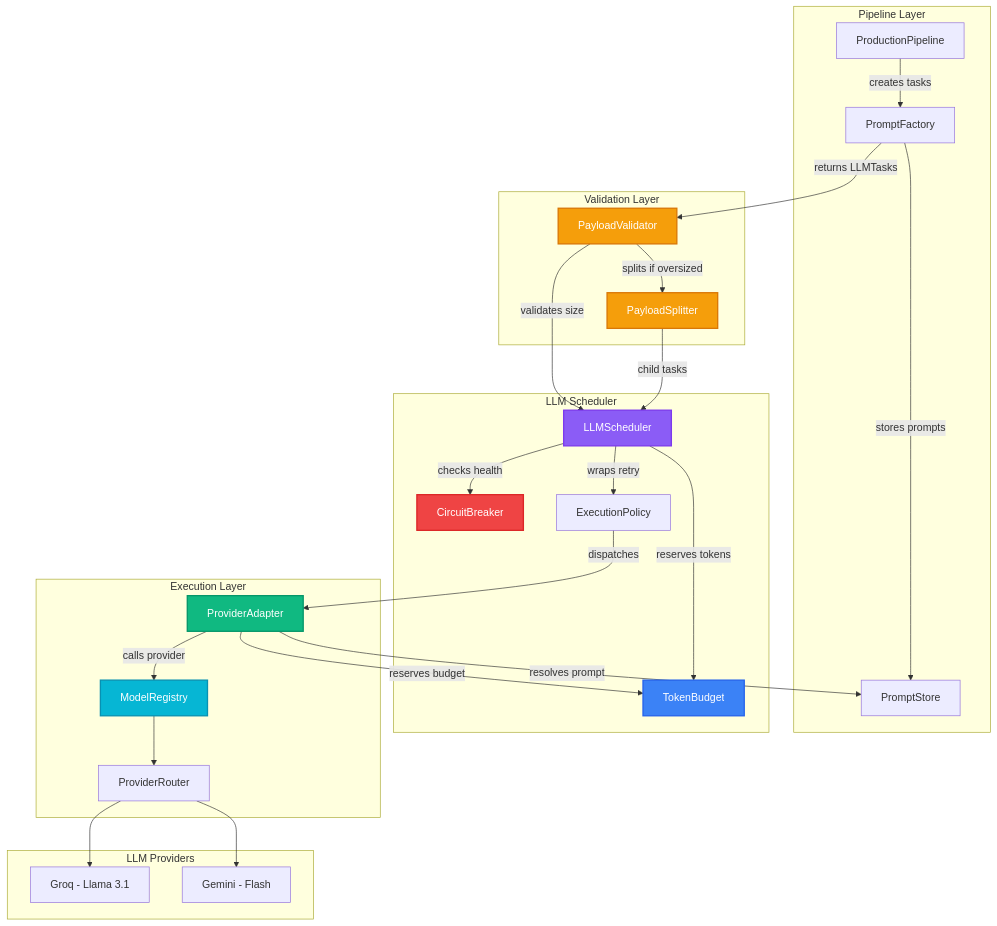
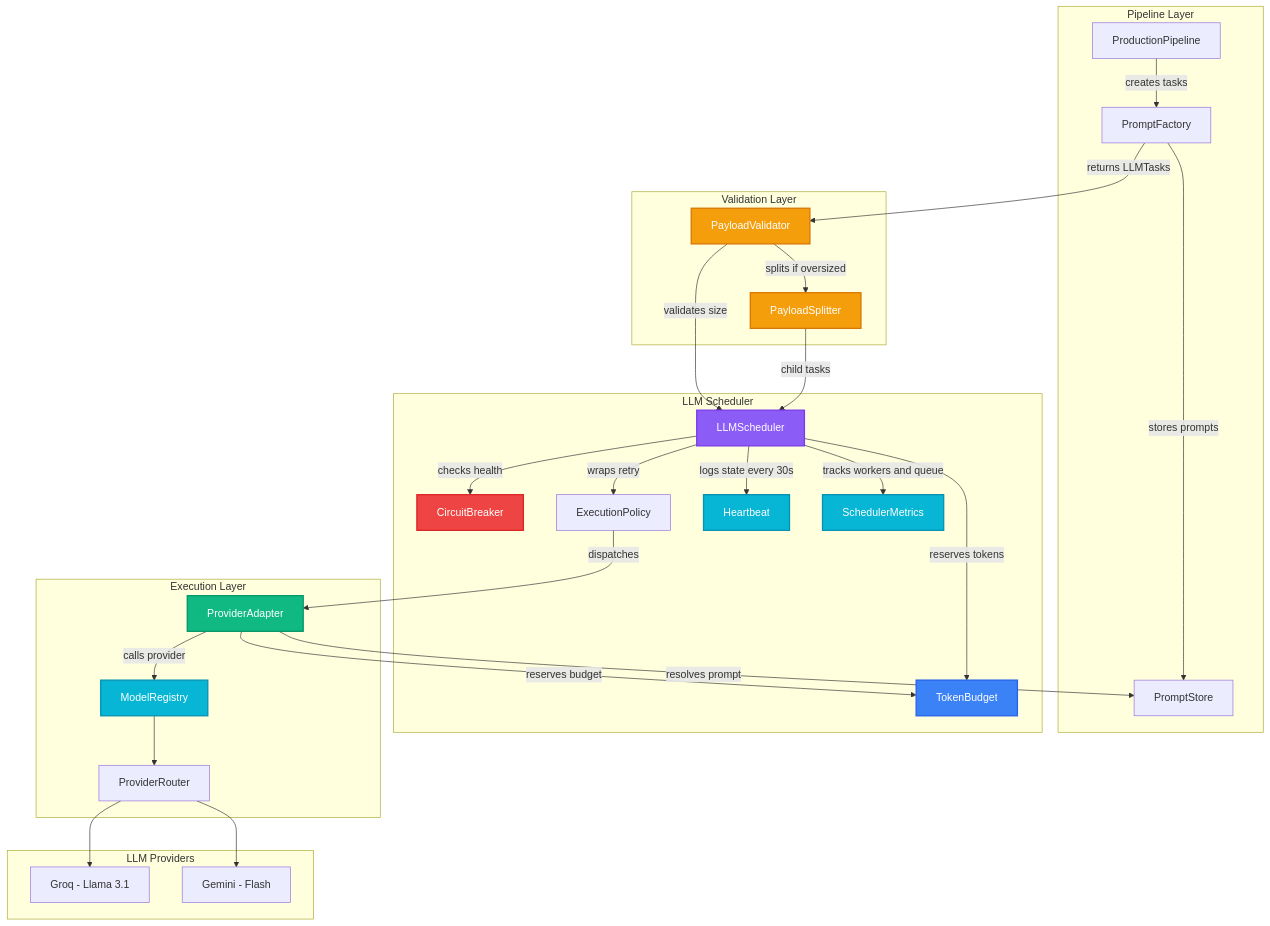
Before and after one commit to samm329-ui/Trimora_v2: the fifth of 15 diagrams in README.md, drawn with Mermaid. The commit also changed other lines of this file, not shown here.

Commit message:
Update README: scheduler architecture, task lifecycle, resilience docs, metrics

````diff
--- a/README.md
+++ b/README.md
@@ -442,56 +442,62 @@
 ```mermaid
 flowchart TB
     subgraph Input["Pipeline Layer"]
         PL["ProductionPipeline"]
         PF["PromptFactory"]
         PS2["PromptStore"]
     end
 
     subgraph Validation["Validation Layer"]
         PV["PayloadValidator"]
         SPL["PayloadSplitter"]
     end
 
     subgraph Scheduler["LLM Scheduler"]
         LS["LLMScheduler"]
         TB2["TokenBudget"]
         CB["CircuitBreaker"]
         EP["ExecutionPolicy"]
+        HC["Heartbeat"]
+        MT["SchedulerMetrics"]
     end
 
     subgraph Execution["Execution Layer"]
         PA["ProviderAdapter"]
         MR["ModelRegistry"]
         PR["ProviderRouter"]
     end
 
     subgraph Providers["LLM Providers"]
         GROQ3["Groq - Llama 3.1"]
         GEMI["Gemini - Flash"]
     end
 
     PL -->|"creates tasks"| PF
     PF -->|"stores prompts"| PS2
     PF -->|"returns LLMTasks"| PV
     PV -->|"validates size"| LS
     PV -->|"splits if oversized"| SPL
     SPL -->|"child tasks"| LS
     LS -->|"reserves tokens"| TB2
     LS -->|"checks health"| CB
     LS -->|"wraps retry"| EP
+    LS -->|"logs state every 30s"| HC
+    LS -->|"tracks workers and queue"| MT
     EP -->|"dispatches"| PA
     PA -->|"resolves prompt"| PS2
     PA -->|"reserves budget"| TB2
     PA -->|"calls provider"| MR
     MR --> PR
     PR --> GROQ3
     PR --> GEMI
 
     style LS fill:#8b5cf6,color:#fff,stroke:#7c3aed,stroke-width:2px
     style TB2 fill:#3b82f6,color:#fff,stroke:#2563eb,stroke-width:2px
     style CB fill:#ef4444,color:#fff,stroke:#dc2626,stroke-width:2px
     style PV fill:#f59e0b,color:#fff,stroke:#d97706,stroke-width:2px
     style SPL fill:#f59e0b,color:#fff,stroke:#d97706,stroke-width:2px
     style PA fill:#10b981,color:#fff,stroke:#059669,stroke-width:2px
     style MR fill:#06b6d4,color:#fff,stroke:#0891b2,stroke-width:2px
+    style HC fill:#06b6d4,color:#fff,stroke:#0891b2,stroke-width:2px
+    style MT fill:#06b6d4,color:#fff,stroke:#0891b2,stroke-width:2px
 ```
````
